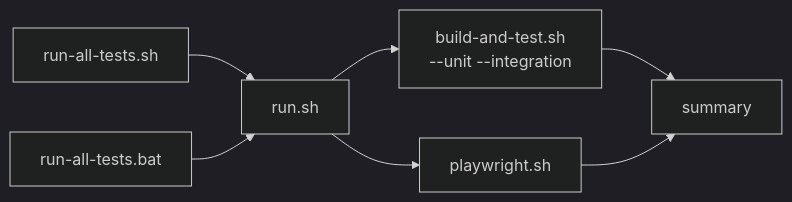
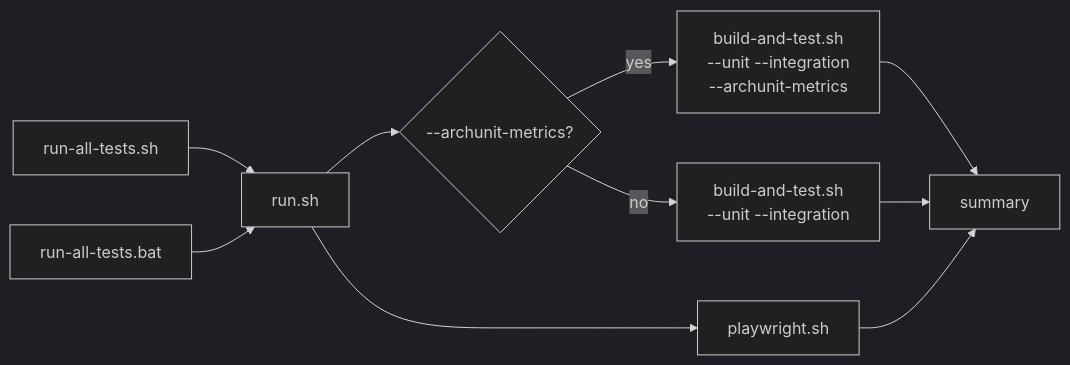
One commit to OstMutant/Advertisement changed the diagram in scripts/run-all-tests/README.md. Above: the diagram before and after it, drawn with Mermaid (dark theme). The commit also changed other lines of this file and 13 other files, not shown here.

````diff
--- a/scripts/run-all-tests/README.md
+++ b/scripts/run-all-tests/README.md
@@ -18,9 +18,12 @@
 ```mermaid
 flowchart LR
     A1[run-all-tests.sh] --> R[run.sh]
     A2[run-all-tests.bat] --> R
-    R --> B["build-and-test.sh<br/>--unit --integration"]
+    R --> C{"--archunit-metrics?"}
+    C -->|yes| B["build-and-test.sh<br/>--unit --integration<br/>--archunit-metrics"]
+    C -->|no| B2["build-and-test.sh<br/>--unit --integration"]
     R --> P[playwright.sh]
     B --> S[summary]
+    B2 --> S
     P --> S
 ```
````
